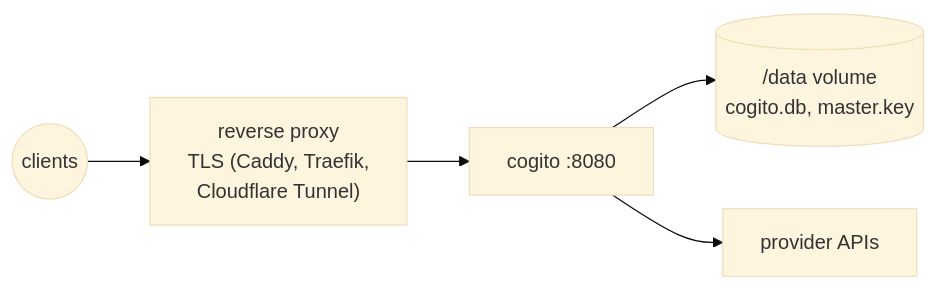
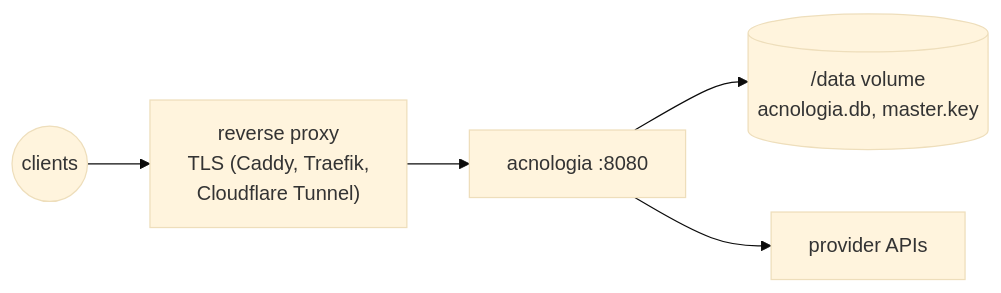
The sixth of 6 diagrams in server/internal/docsmd/files/architecture.md (sidharthpunathil/acnologia), drawn with Mermaid (base theme) before and after one commit. The commit also changed other lines of this file and 43 other files, not shown here.

````diff
--- a/server/internal/docsmd/files/architecture.md
+++ b/server/internal/docsmd/files/architecture.md
@@ -273,7 +280,7 @@
 ```mermaid
 flowchart LR
     Internet((clients)) --> TLS["reverse proxy<br/>TLS (Caddy, Traefik,<br/>Cloudflare Tunnel)"]
-    TLS --> C["cogito :8080"]
-    C --> V[("/data volume<br/>cogito.db, master.key")]
+    TLS --> C["acnologia :8080"]
+    C --> V[("/data volume<br/>acnologia.db, master.key")]
     C --> Up["provider APIs"]
 ```
````
